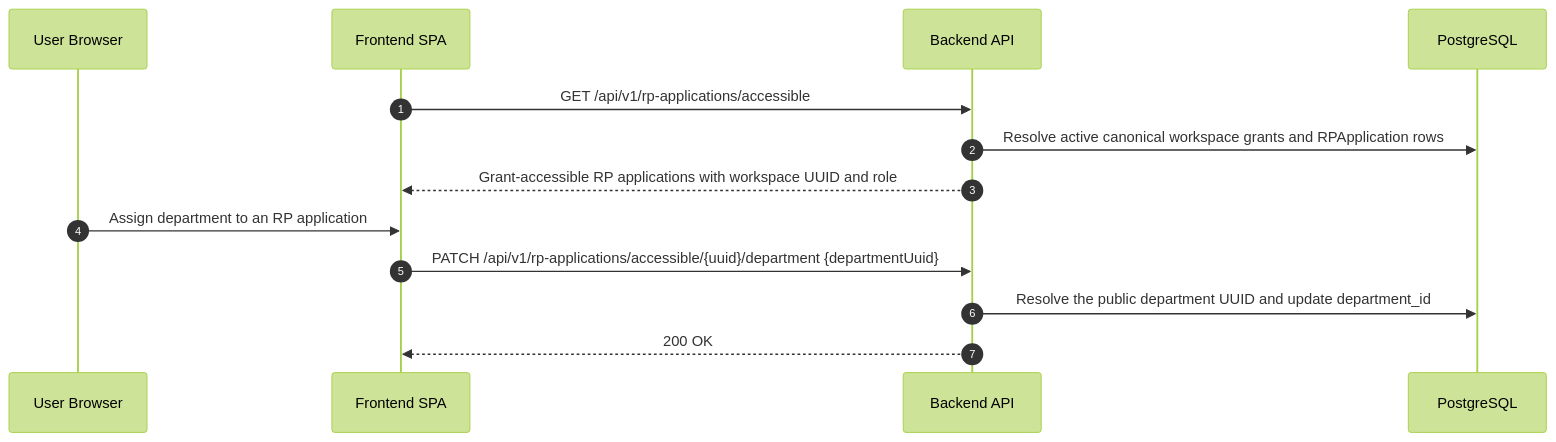
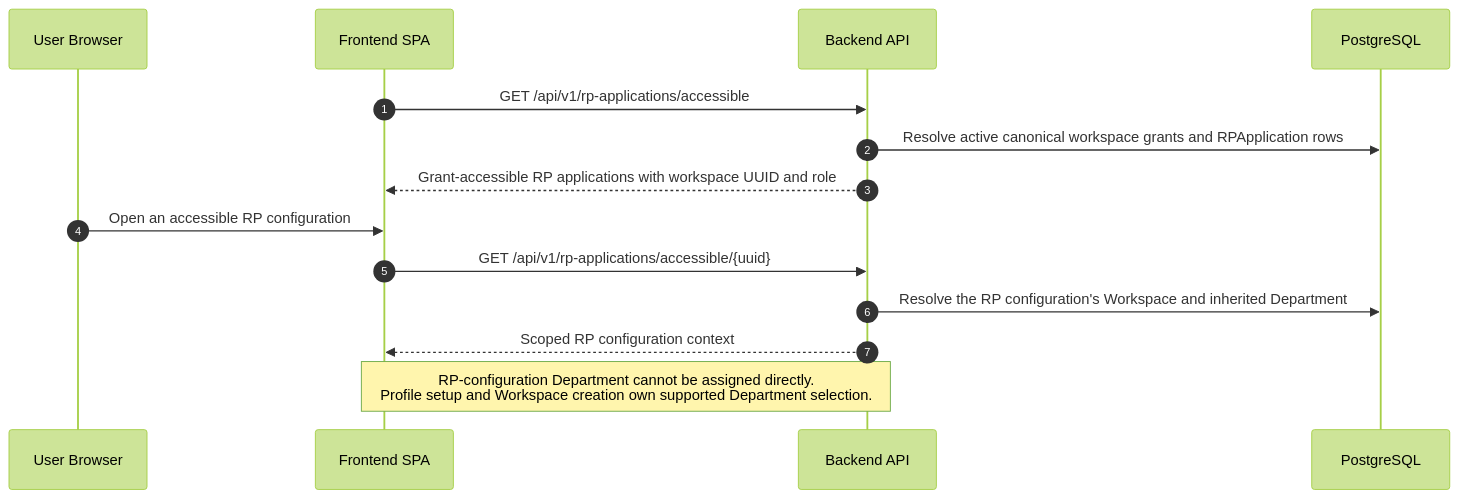
The fifth of 13 diagrams in docs/plans/partner-portal-mvp-data-flows.md (cds-snc/canadalogin-partner-portal), drawn with Mermaid (forest theme) before and after one commit. The commit also changed other lines of this file and 369 other files, not shown here.

````diff
--- a/docs/plans/partner-portal-mvp-data-flows.md
+++ b/docs/plans/partner-portal-mvp-data-flows.md
@@ -145,17 +146,19 @@
 ```mermaid
 sequenceDiagram
     autonumber
     participant U as User Browser
     participant FE as Frontend SPA
     participant BE as Backend API
     participant DB as PostgreSQL
 
     FE->>BE: GET /api/v1/rp-applications/accessible
     BE->>DB: Resolve active canonical workspace grants and RPApplication rows
     BE-->>FE: Grant-accessible RP applications with workspace UUID and role
 
-    U->>FE: Assign department to an RP application
-    FE->>BE: PATCH /api/v1/rp-applications/accessible/{uuid}/department {departmentUuid}
-    BE->>DB: Resolve the public department UUID and update department_id
-    BE-->>FE: 200 OK
+    U->>FE: Open an accessible RP configuration
+    FE->>BE: GET /api/v1/rp-applications/accessible/{uuid}
+    BE->>DB: Resolve the RP configuration's Workspace and inherited Department
+    BE-->>FE: Scoped RP configuration context
+
+    Note over FE,BE: RP-configuration Department cannot be assigned directly.<br/>Profile setup and Workspace creation own supported Department selection.
 ```
````
